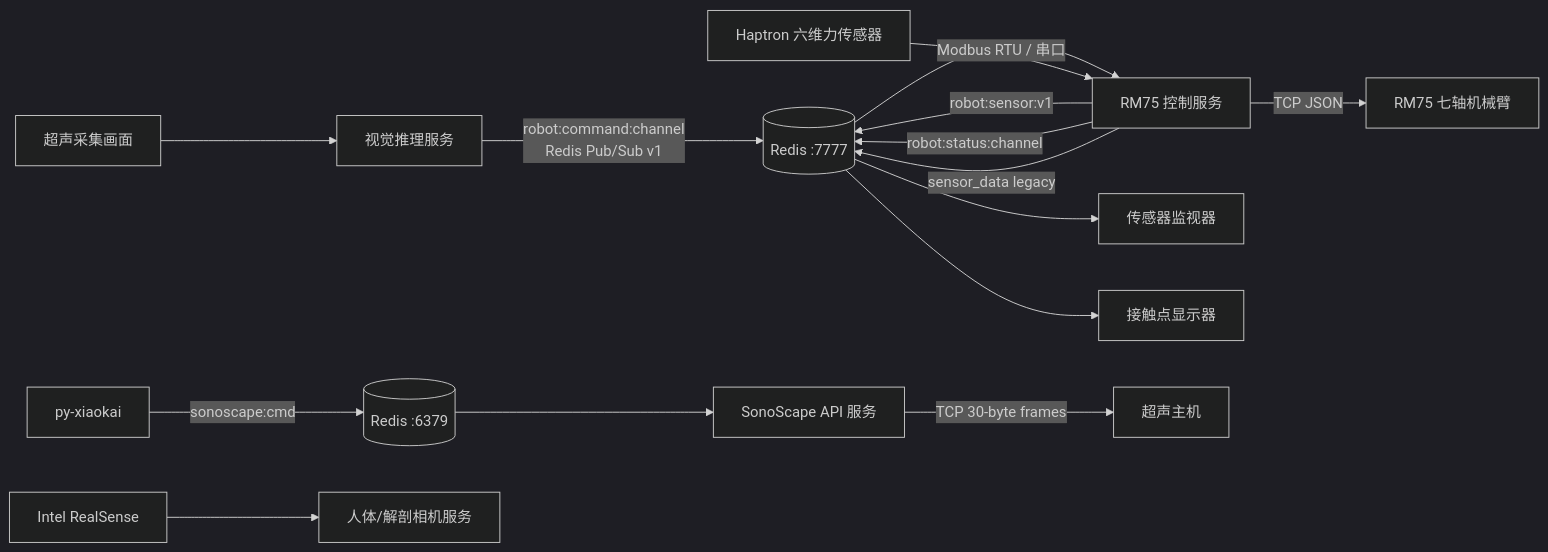
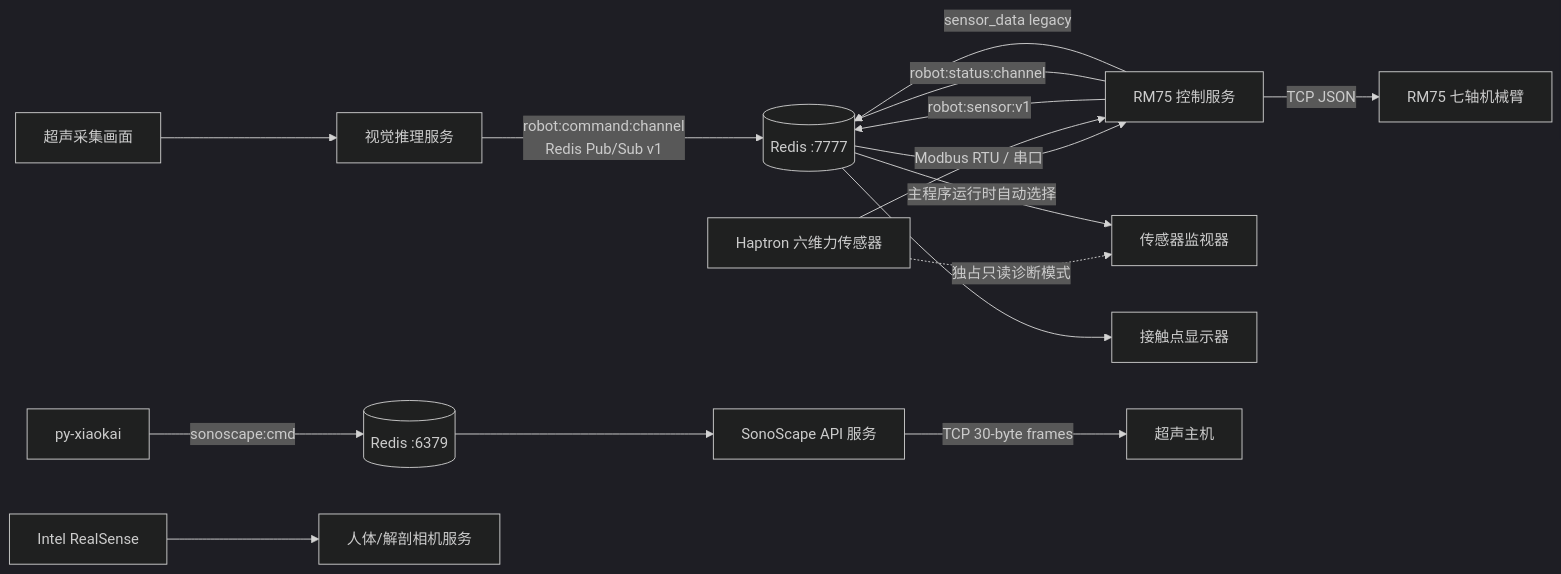
The diagram in ARCHITECTURE.md (Sadstrawberrysc/cair-arm), drawn with Mermaid (dark theme) before and after one commit. The commit also changed other lines of this file and 28 other files, not shown here.

````diff
--- a/ARCHITECTURE.md
+++ b/ARCHITECTURE.md
@@ -14,19 +15,20 @@
 ```mermaid
 flowchart LR
     Camera[超声采集画面] --> Vision[视觉推理服务]
     Vision -->|robot:command:channel\nRedis Pub/Sub v1| Redis7777[(Redis :7777)]
     Redis7777 --> Robot[RM75 控制服务]
     Robot -->|TCP JSON| RM75[RM75 七轴机械臂]
     Haptron[Haptron 六维力传感器] -->|Modbus RTU / 串口| Robot
+    Haptron -.->|独占只读诊断模式| SensorMonitor[传感器监视器]
     Robot -->|robot:sensor:v1| Redis7777
     Robot -->|robot:status:channel| Redis7777
     Robot -->|sensor_data legacy| Redis7777
-    Redis7777 --> SensorMonitor[传感器监视器]
+    Redis7777 -->|主程序运行时自动选择| SensorMonitor
     Redis7777 --> ContactShow[接触点显示器]
 
     Voice[py-xiaokai] -->|sonoscape:cmd| Redis6379[(Redis :6379)]
     Redis6379 --> Sono[SonoScape API 服务]
     Sono -->|TCP 30-byte frames| Ultrasound[超声主机]
 
     RealSense[Intel RealSense] --> CameraRT[人体/解剖相机服务]
 ```
````
